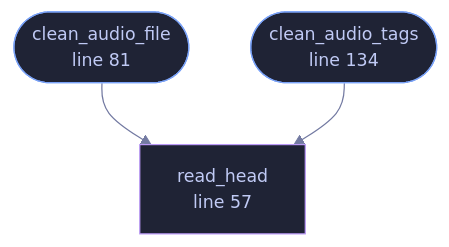
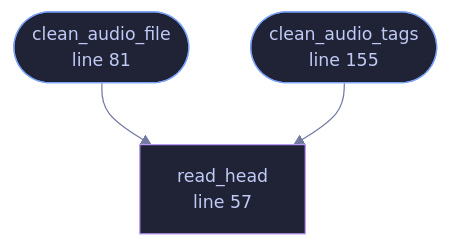
Before and after one commit to tilas01/veilvoice: the diagram in wiki/File-veilvoice-meta-audio.md, drawn with Mermaid. The commit also changed other lines of this file and 82 other files, not shown here.

````diff
--- a/wiki/File-veilvoice-meta-audio.md
+++ b/wiki/File-veilvoice-meta-audio.md
@@ -84,16 +84,16 @@
 ```mermaid
 %%{init: {"theme":"base","themeVariables":{"background":"#1a1b26","primaryColor":"#1f2335","primaryTextColor":"#c0caf5","primaryBorderColor":"#7aa2f7","secondaryColor":"#16161e","tertiaryColor":"#16161e","lineColor":"#737aa2","textColor":"#c0caf5","mainBkg":"#1f2335","nodeBorder":"#7aa2f7","clusterBkg":"#16161e","clusterBorder":"#2f3549","fontFamily":"ui-monospace, SFMono-Regular, Consolas, monospace","fontSize":"14px"}}}%%
 flowchart TD
     n_read_head["read_head<br/>line 57"]
     n_clean_audio_file(["clean_audio_file<br/>line 81"])
-    n_clean_audio_tags(["clean_audio_tags<br/>line 134"])
+    n_clean_audio_tags(["clean_audio_tags<br/>line 155"])
     n_clean_audio_file --> n_read_head
     n_clean_audio_tags --> n_read_head
     click n_read_head href "https://github.com/tilas01/veilvoice/blob/main/crates/veilvoice-meta/src/audio.rs#L57" "open the source"
     click n_clean_audio_file href "https://github.com/tilas01/veilvoice/blob/main/crates/veilvoice-meta/src/audio.rs#L81" "open the source"
-    click n_clean_audio_tags href "https://github.com/tilas01/veilvoice/blob/main/crates/veilvoice-meta/src/audio.rs#L134" "open the source"
+    click n_clean_audio_tags href "https://github.com/tilas01/veilvoice/blob/main/crates/veilvoice-meta/src/audio.rs#L155" "open the source"
     classDef entry fill:#1f2335,stroke:#7aa2f7,color:#c0caf5
     class n_clean_audio_file,n_clean_audio_tags entry
     classDef helper fill:#1f2335,stroke:#bb9af7,color:#c0caf5
     class n_read_head helper
 ```
````
